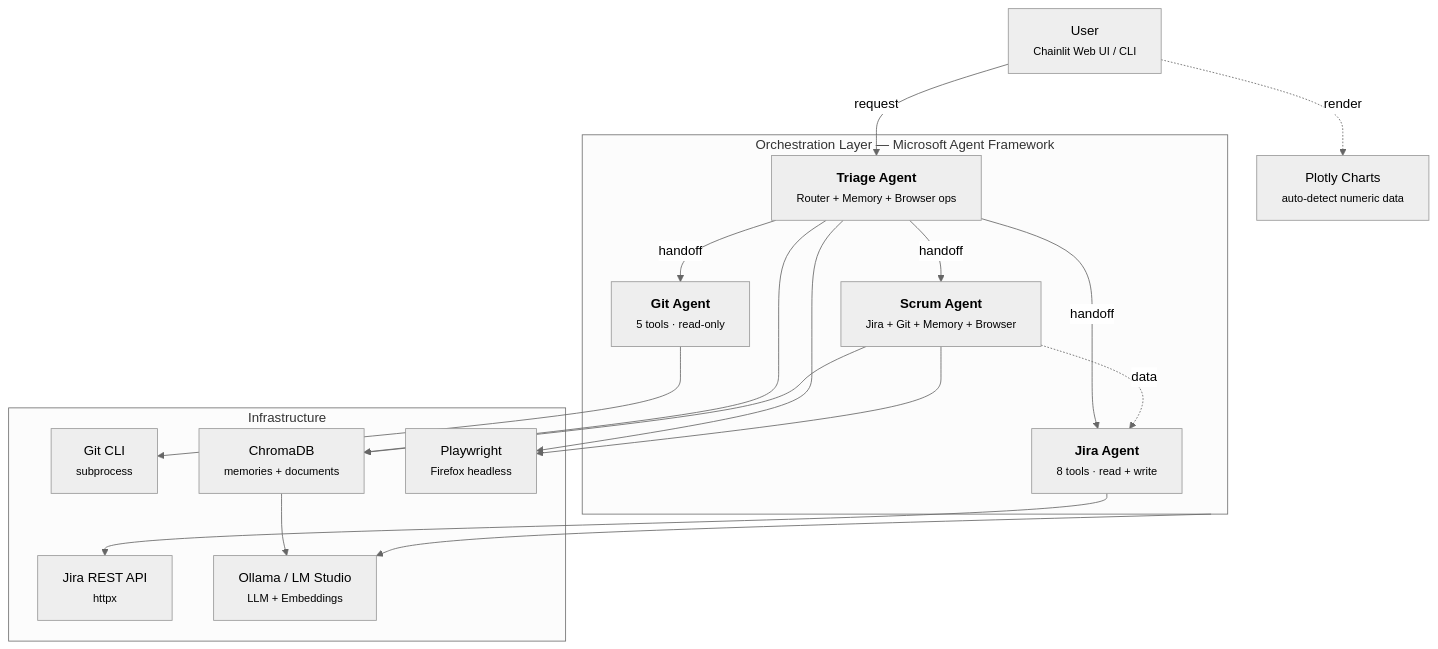
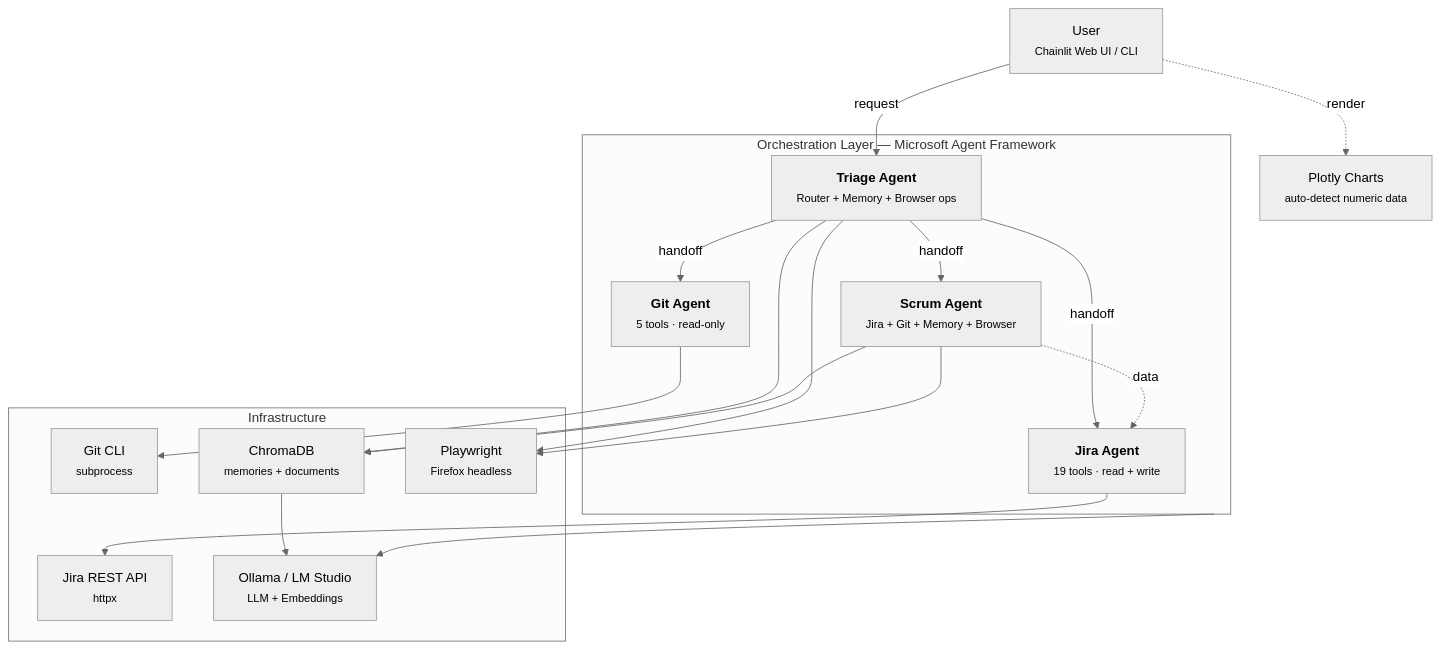
Before and after one commit to tant/pile-sm: the diagram in README.md, drawn with Mermaid (neutral theme). The commit also changed other lines of this file and 5 other files, not shown here.

First line of the commit message:
feat: expand Jira tools from 9 to 19 — full board/sprint/backlog/epic support

````diff
--- a/README.md
+++ b/README.md
@@ -121,36 +121,36 @@
 ```mermaid
 graph TD
     User["User<br/><small>Chainlit Web UI / CLI</small>"]
 
     subgraph Orchestration["Orchestration Layer — Microsoft Agent Framework"]
         Triage["<b>Triage Agent</b><br/><small>Router + Memory + Browser ops</small>"]
-        Jira["<b>Jira Agent</b><br/><small>8 tools · read + write</small>"]
+        Jira["<b>Jira Agent</b><br/><small>19 tools · read + write</small>"]
         Git["<b>Git Agent</b><br/><small>5 tools · read-only</small>"]
         Scrum["<b>Scrum Agent</b><br/><small>Jira + Git + Memory + Browser</small>"]
     end
 
     subgraph Infrastructure["Infrastructure"]
         JiraAPI["Jira REST API<br/><small>httpx</small>"]
         GitCLI["Git CLI<br/><small>subprocess</small>"]
         ChromaDB["ChromaDB<br/><small>memories + documents</small>"]
         Browser["Playwright<br/><small>Firefox headless</small>"]
         LLM["Ollama / LM Studio<br/><small>LLM + Embeddings</small>"]
     end
 
     Charts["Plotly Charts<br/><small>auto-detect numeric data</small>"]
 
     User -->|request| Triage
     Triage -->|handoff| Jira
     Triage -->|handoff| Git
     Triage -->|handoff| Scrum
     Scrum -.->|data| Jira
     Jira --> JiraAPI
     Git --> GitCLI
     Triage --> ChromaDB
     Triage --> Browser
     Scrum --> ChromaDB
     Scrum --> Browser
     ChromaDB --> LLM
     Orchestration --> LLM
     User -.->|render| Charts
 ```
````
